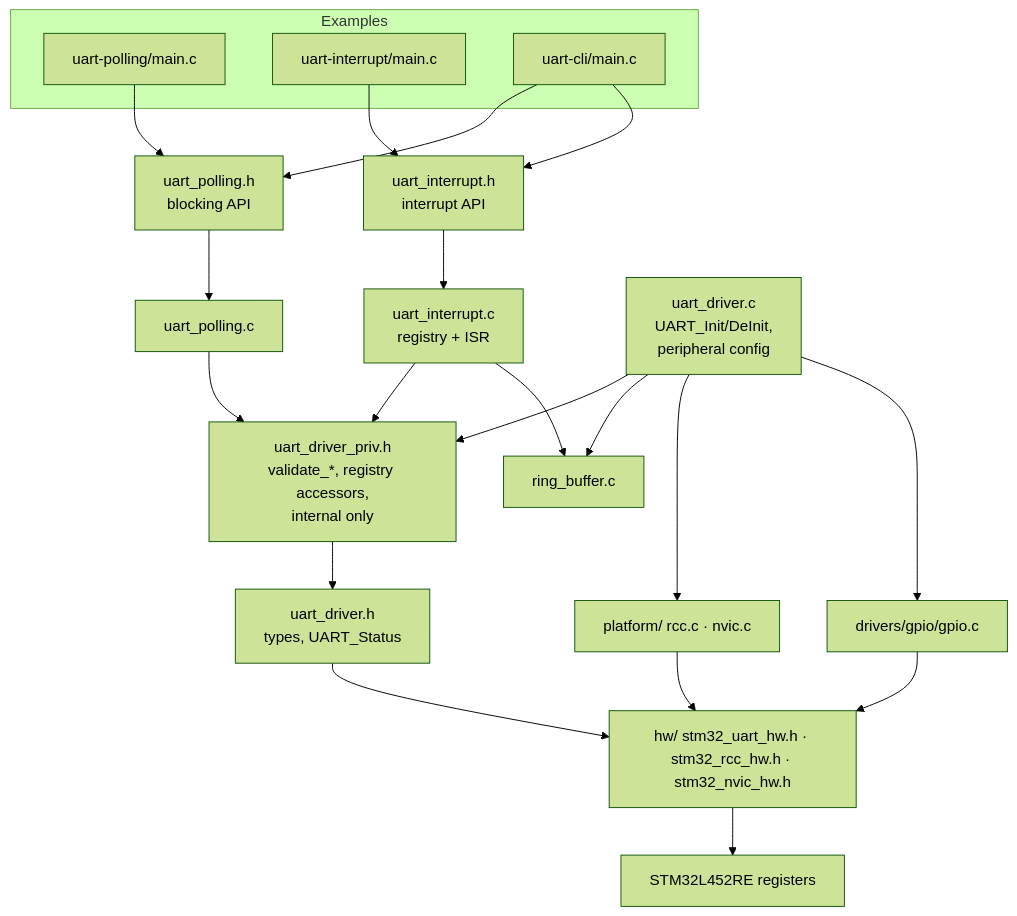
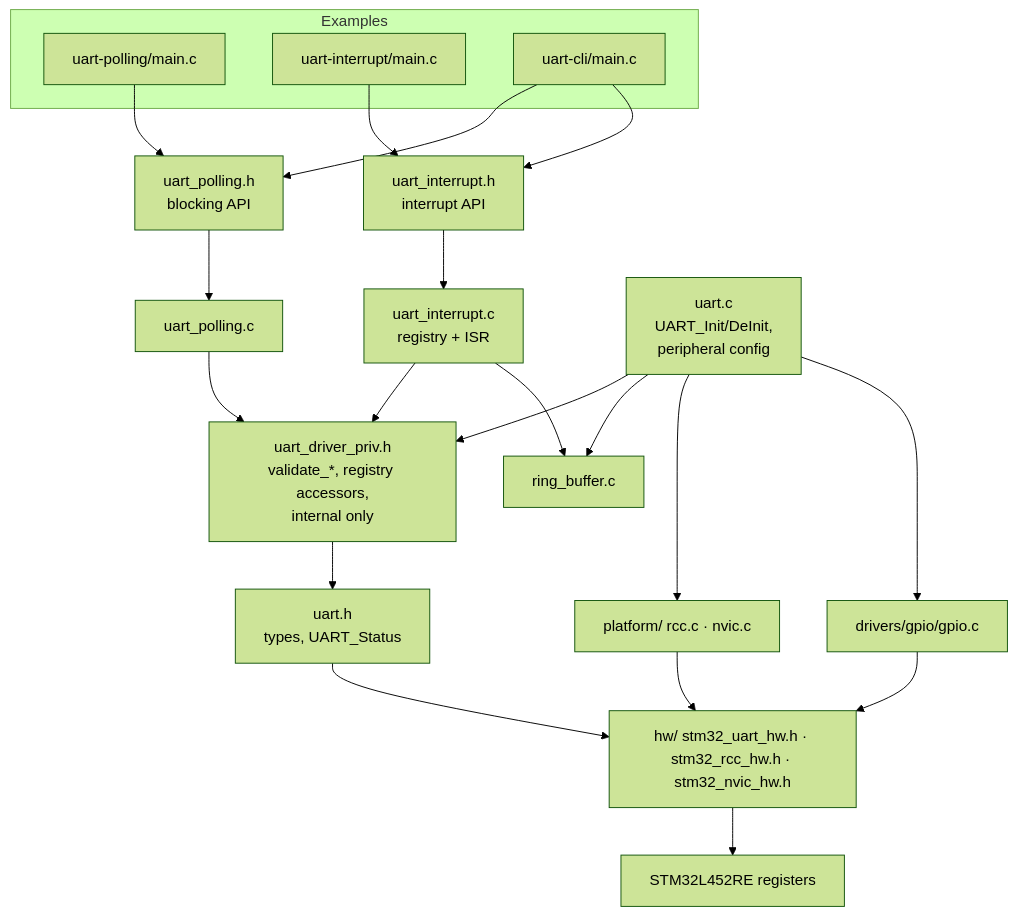
The first of 4 diagrams in docs/uart.md (laumonceri/stm32-baremetal-drivers), drawn with Mermaid (forest theme) before and after one commit. The commit also changed other lines of this file and 13 other files, not shown here.

Commit message:
uart: rename files from uart_driver.* to uart.*

````diff
--- a/docs/uart.md
+++ b/docs/uart.md
@@ -28,31 +28,31 @@
 ```mermaid
 flowchart TB
     subgraph Examples
         polling["uart-polling/main.c"]
         interrupt["uart-interrupt/main.c"]
         cli["uart-cli/main.c"]
     end
 
     polling --> pollh["uart_polling.h\nblocking API"]
     interrupt --> inth["uart_interrupt.h\ninterrupt API"]
     cli --> pollh
     cli --> inth
 
     pollh --> pollc["uart_polling.c"]
     inth --> intc["uart_interrupt.c\nregistry + ISR"]
 
-    driverc["uart_driver.c\nUART_Init/DeInit,\nperipheral config"] --> priv
+    driverc["uart.c\nUART_Init/DeInit,\nperipheral config"] --> priv
     pollc --> priv["uart_driver_priv.h\nvalidate_*, registry accessors,\ninternal only"]
     intc --> priv
 
-    priv --> core["uart_driver.h\ntypes, UART_Status"]
+    priv --> core["uart.h\ntypes, UART_Status"]
     driverc --> ringbuf["ring_buffer.c"]
     intc --> ringbuf
     driverc --> platform["platform/ rcc.c · nvic.c"]
     driverc --> gpio["drivers/gpio/gpio.c"]
 
     core --> hw["hw/ stm32_uart_hw.h · stm32_rcc_hw.h · stm32_nvic_hw.h"]
     platform --> hw
     gpio --> hw
     hw --> silicon["STM32L452RE registers"]
 ```
````
